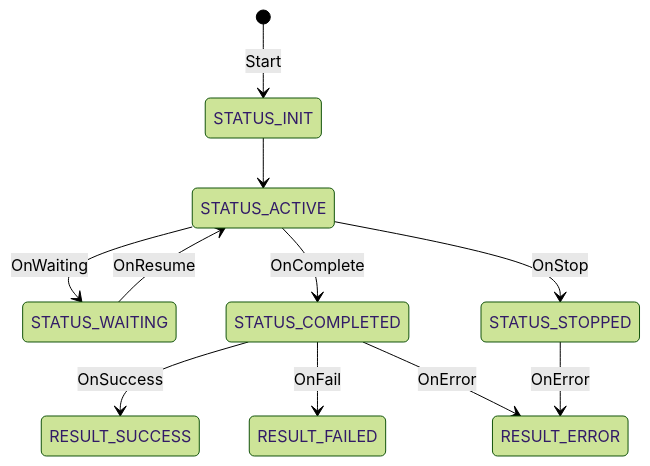
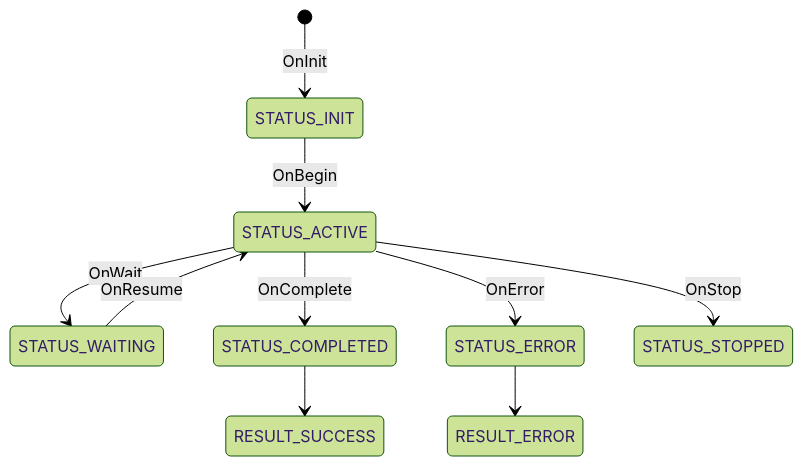
The diagram in documentation/stateDiagram.md (binuud/avatar-conscious), drawn with Mermaid (forest theme) before and after one commit. The commit also changed other lines of this file and 17 other files, not shown here.

Commit message:
#184 seperated avatar result from status message

````diff
--- a/documentation/stateDiagram.md
+++ b/documentation/stateDiagram.md
@@ -34,13 +34,12 @@
 ```mermaid
 stateDiagram-v2
-    [*] --> STATUS_INIT : Start
-    STATUS_INIT --> STATUS_ACTIVE
-    STATUS_ACTIVE --> STATUS_WAITING : OnWaiting
+    [*] --> STATUS_INIT : OnInit
+    STATUS_INIT --> STATUS_ACTIVE :OnBegin
+    STATUS_ACTIVE --> STATUS_WAITING : OnWait
     STATUS_ACTIVE --> STATUS_COMPLETED: OnComplete
+    STATUS_ACTIVE --> STATUS_ERROR : OnError
     STATUS_ACTIVE --> STATUS_STOPPED : OnStop
     STATUS_WAITING --> STATUS_ACTIVE : OnResume
-    STATUS_COMPLETED --> RESULT_SUCCESS: OnSuccess
-    STATUS_COMPLETED --> RESULT_FAILED: OnFail
-    STATUS_COMPLETED --> RESULT_ERROR: OnError
-    STATUS_STOPPED --> RESULT_ERROR: OnError
+    STATUS_COMPLETED --> RESULT_SUCCESS
+    STATUS_ERROR --> RESULT_ERROR
 ```
````
